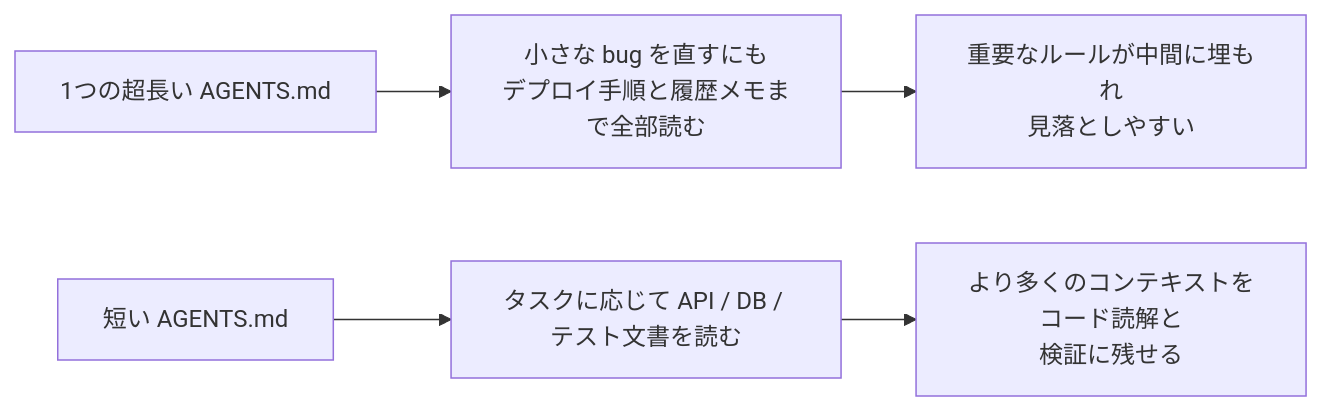
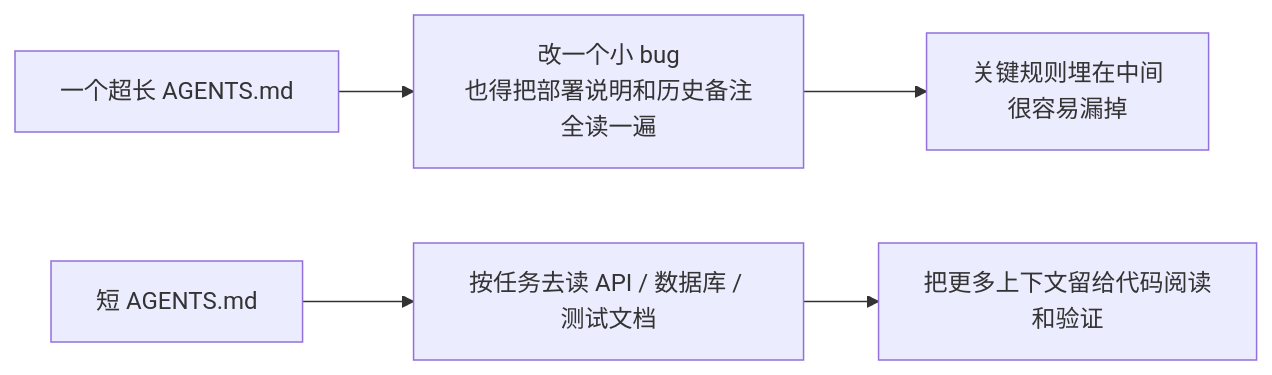
Before and after one commit to mkusaka/learn-harness-engineering: the first of 2 diagrams in docs/zh/lectures/lecture-04-why-one-giant-instruction-file-fails/index.md, drawn with Mermaid. The commit also changed other lines of this file and 684 other files, not shown here.

````diff
--- a/docs/zh/lectures/lecture-04-why-one-giant-instruction-file-fails/index.md
+++ b/docs/zh/lectures/lecture-04-why-one-giant-instruction-file-fails/index.md
@@ -39,8 +39,8 @@
 ```mermaid
 flowchart LR
-    Mono["1つの超長い AGENTS.md"] --> MonoLoad["小さな bug を直すにも<br/>デプロイ手順と履歴メモまで全部読む"]
-    MonoLoad --> MonoRisk["重要なルールが中間に埋もれ<br/>見落としやすい"]
+    Mono["一个超长 AGENTS.md"] --> MonoLoad["改一个小 bug<br/>也得把部署说明和历史备注全读一遍"]
+    MonoLoad --> MonoRisk["关键规则埋在中间<br/>很容易漏掉"]
 
-    Router["短い AGENTS.md"] --> Topics["タスクに応じて API / DB / テスト文書を読む"]
-    Topics --> RoutedResult["より多くのコンテキストをコード読解と<br/>検証に残せる"]
+    Router["短 AGENTS.md"] --> Topics["按任务去读 API / 数据库 / 测试文档"]
+    Topics --> RoutedResult["把更多上下文留给代码阅读<br/>和验证"]
 ```
````
